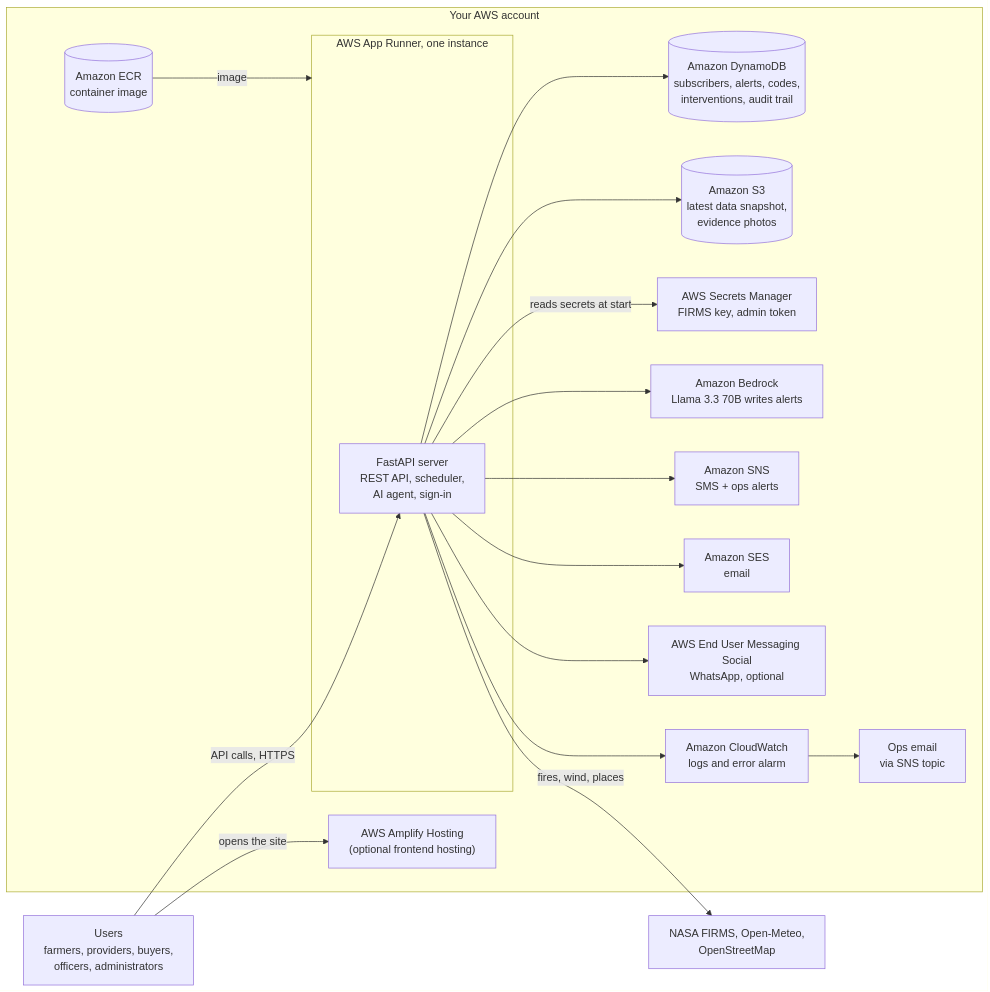
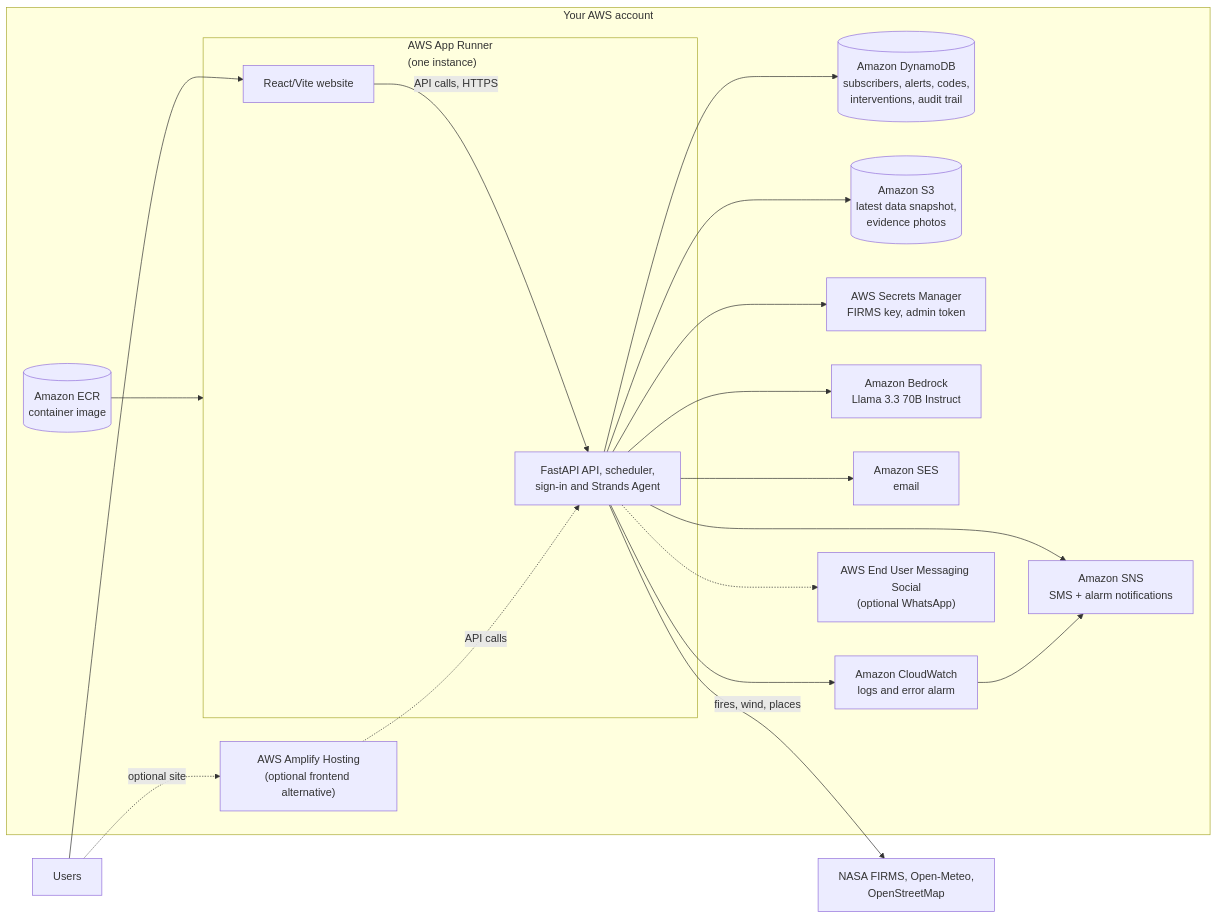
One commit to VISHALIN-rgm/NabhoNetra changed the first of 5 diagrams in README.md. Above: the diagram before and after it, drawn with Mermaid. The commit also changed other lines of this file, not shown here.

````diff
--- a/README.md
+++ b/README.md
@@ -36,34 +29,36 @@
 ```mermaid
 flowchart LR
-  U["Users<br/>farmers, providers, buyers,<br/>officers, administrators"]
+  U["Users"]
   subgraph AWS["Your AWS account"]
-    AMP["AWS Amplify Hosting<br/>(optional frontend hosting)"]
-    subgraph RUN["AWS App Runner, one instance"]
-      API["FastAPI server<br/>REST API, scheduler,<br/>AI agent, sign-in"]
+    ECR[("Amazon ECR<br/>container image")]
+    subgraph RUN["AWS App Runner<br/>(one instance)"]
+      WEB["React/Vite website"]
+      API["FastAPI API, scheduler,<br/>sign-in and Strands Agent"]
     end
     DDB[("Amazon DynamoDB<br/>subscribers, alerts, codes,<br/>interventions, audit trail")]
     S3[("Amazon S3<br/>latest data snapshot,<br/>evidence photos")]
     SM["AWS Secrets Manager<br/>FIRMS key, admin token"]
-    BR["Amazon Bedrock<br/>Llama 3.3 70B writes alerts"]
-    SNS["Amazon SNS<br/>SMS + ops alerts"]
+    BR["Amazon Bedrock<br/>Llama 3.3 70B Instruct"]
+    SNS["Amazon SNS<br/>SMS + alarm notifications"]
     SES["Amazon SES<br/>email"]
-    WA["AWS End User Messaging Social<br/>WhatsApp, optional"]
     CW["Amazon CloudWatch<br/>logs and error alarm"]
-    OPS["Ops email<br/>via SNS topic"]
-    ECR[("Amazon ECR<br/>container image")]
+    AMP["AWS Amplify Hosting<br/>(optional frontend alternative)"]
+    WA["AWS End User Messaging Social<br/>(optional WhatsApp)"]
   end
   EXT["NASA FIRMS, Open-Meteo,<br/>OpenStreetMap"]
-  U -->|"opens the site"| AMP
-  U -->|"API calls, HTTPS"| API
+  U --> WEB
+  WEB -->|"API calls, HTTPS"| API
+  ECR --> RUN
+  U -.->|"optional site"| AMP
+  AMP -.->|"API calls"| API
   API --> DDB
   API --> S3
-  API -->|"reads secrets at start"| SM
+  API --> SM
   API --> BR
   API --> SNS
   API --> SES
-  API --> WA
+  API -.-> WA
   API -->|"fires, wind, places"| EXT
   API --> CW
-  CW --> OPS
-  ECR -->|"image"| RUN
+  CW --> SNS
 ```
````
